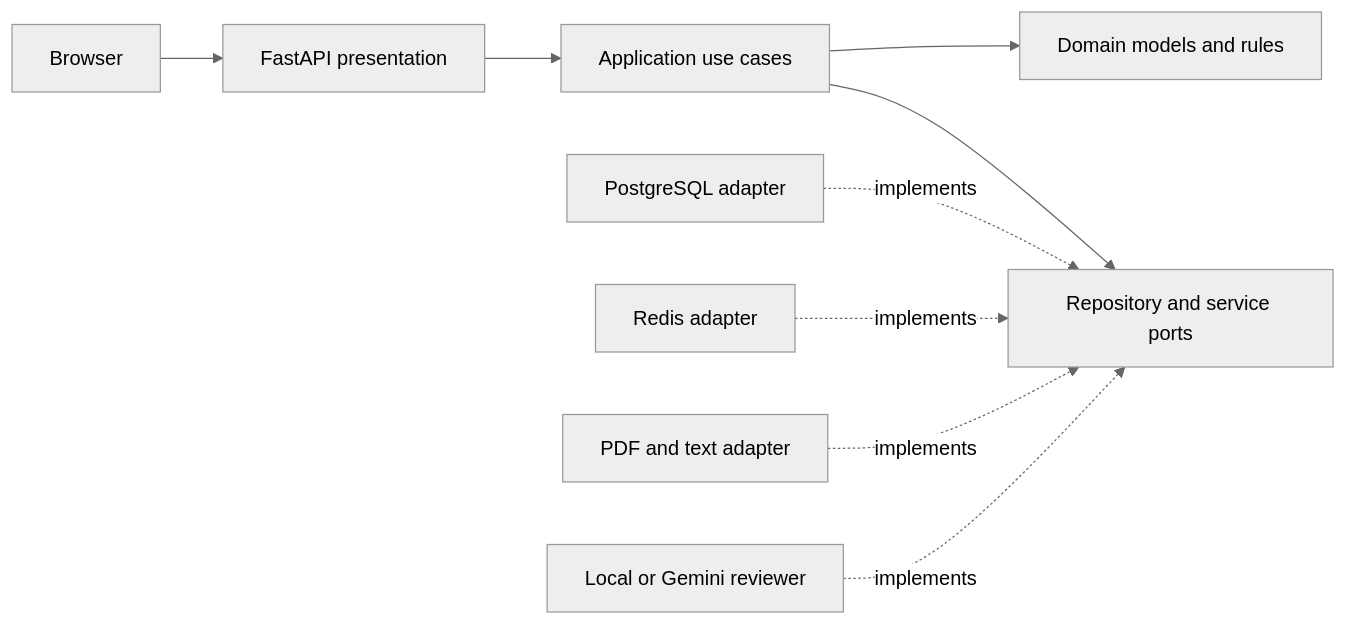
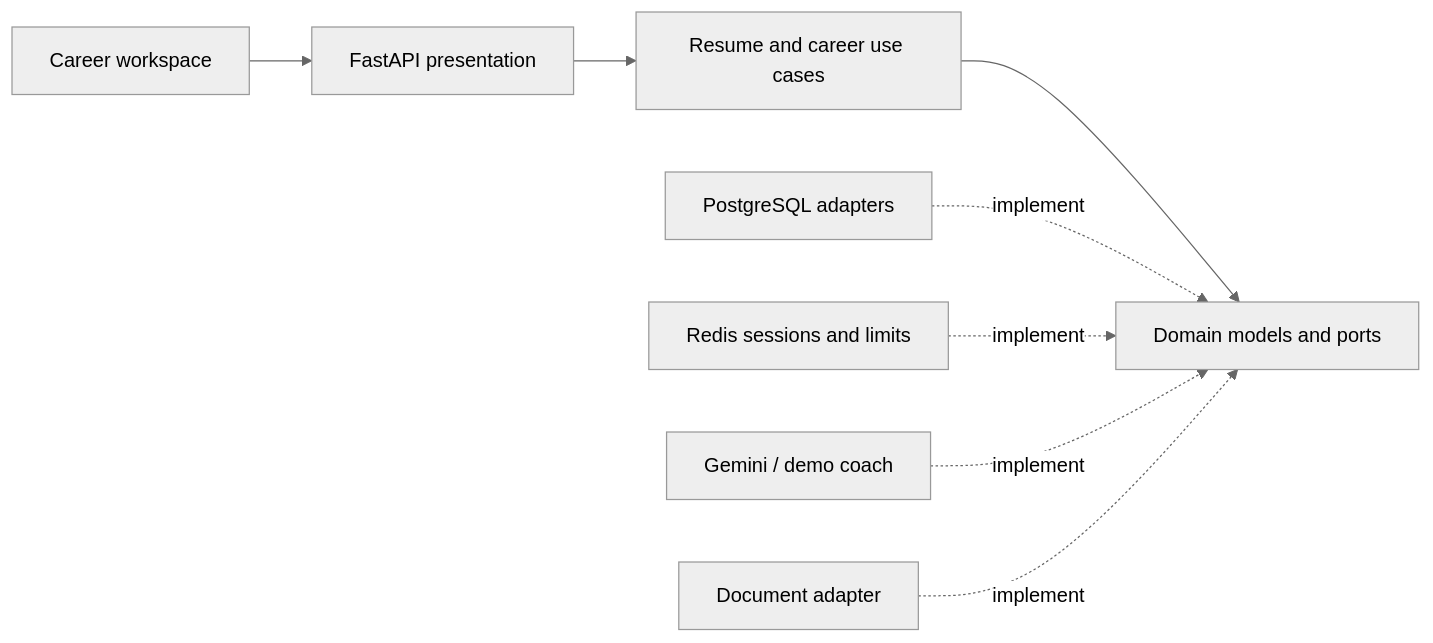
Before and after one commit to DaniyarAbikenov/gdg-aitu-hackhathon: the diagram in README.md, drawn with Mermaid (neutral theme). The commit also changed other lines of this file and 6 other files, not shown here.

````diff
--- a/README.md
+++ b/README.md
@@ -41,11 +65,10 @@
 ```mermaid
 flowchart LR
-  Browser --> HTTP[FastAPI presentation]
-  HTTP --> UseCases[Application use cases]
-  UseCases --> Domain[Domain models and rules]
-  UseCases --> Ports[Repository and service ports]
-  PostgreSQL[PostgreSQL adapter] -. implements .-> Ports
-  Redis[Redis adapter] -. implements .-> Ports
-  Documents[PDF and text adapter] -. implements .-> Ports
-  Reviewer[Local or Gemini reviewer] -. implements .-> Ports
+  UI[Career workspace] --> HTTP[FastAPI presentation]
+  HTTP --> App[Resume and career use cases]
+  App --> Domain[Domain models and ports]
+  PG[PostgreSQL adapters] -. implement .-> Domain
+  Redis[Redis sessions and limits] -. implement .-> Domain
+  AI[Gemini / demo coach] -. implement .-> Domain
+  PDF[Document adapter] -. implement .-> Domain
 ```
````
